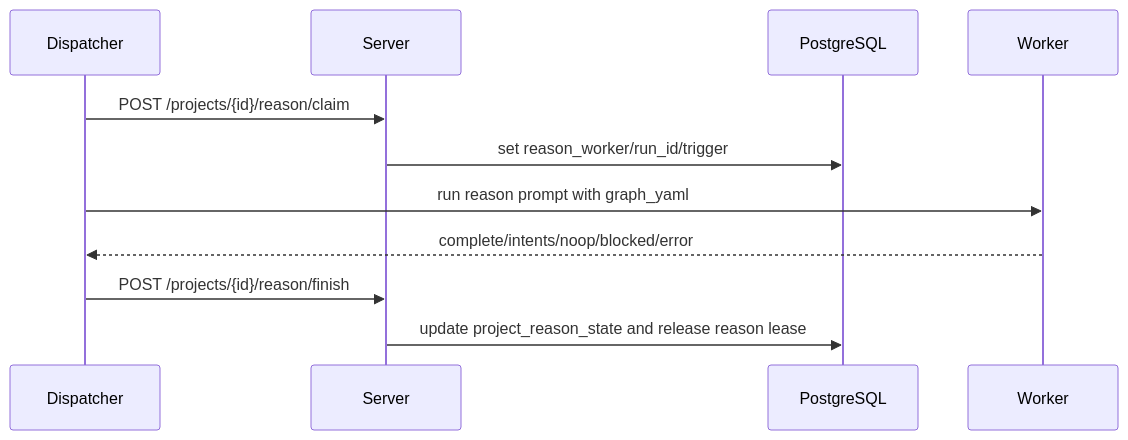
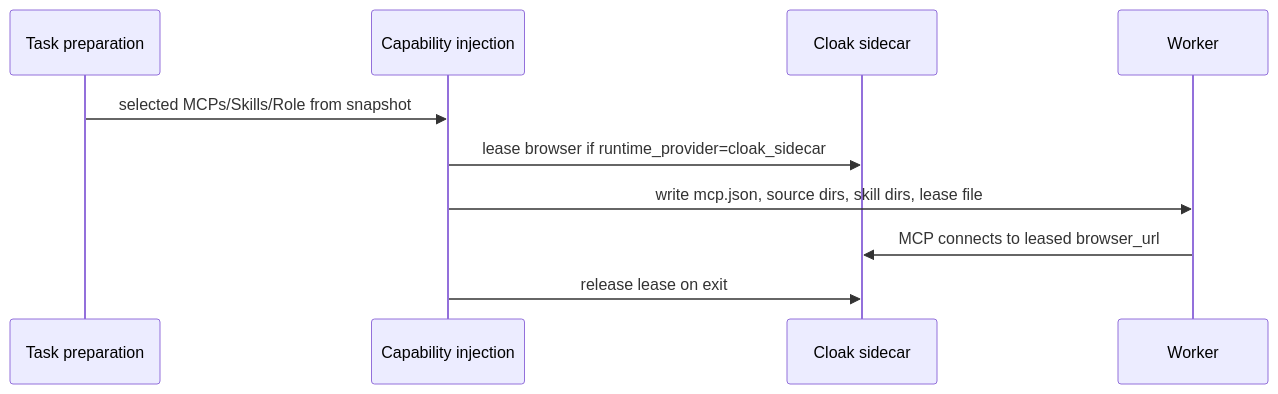
The third of 4 diagrams in AI/CODEBASE_ANALYSIS.md (j7ur8/Cairn), drawn with Mermaid before and after one commit. The commit also changed other lines of this file and 6 other files, not shown here.

````diff
--- a/AI/CODEBASE_ANALYSIS.md
+++ b/AI/CODEBASE_ANALYSIS.md
@@ -196,14 +160,13 @@
 ```mermaid
 sequenceDiagram
-    participant D as Dispatcher
-    participant S as Server
-    participant DB as PostgreSQL
+    participant T as Task preparation
+    participant C as Capability injection
+    participant B as Cloak sidecar
     participant W as Worker
 
-    D->>S: POST /projects/{id}/reason/claim
-    S->>DB: set reason_worker/run_id/trigger
-    D->>W: run reason prompt with graph_yaml
-    W-->>D: complete/intents/noop/blocked/error
-    D->>S: POST /projects/{id}/reason/finish
-    S->>DB: update project_reason_state and release reason lease
+    T->>C: selected MCPs/Skills/Role from snapshot
+    C->>B: lease browser if runtime_provider=cloak_sidecar
+    C->>W: write mcp.json, source dirs, skill dirs, lease file
+    W->>B: MCP connects to leased browser_url
+    C->>B: release lease on exit
 ```
````
